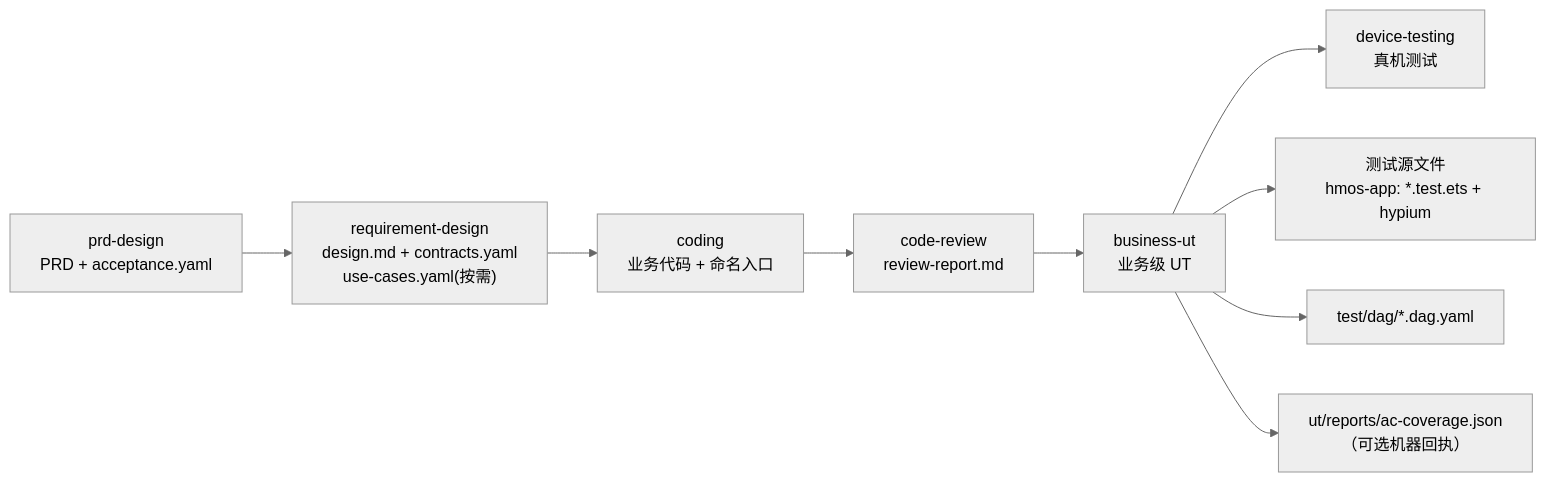
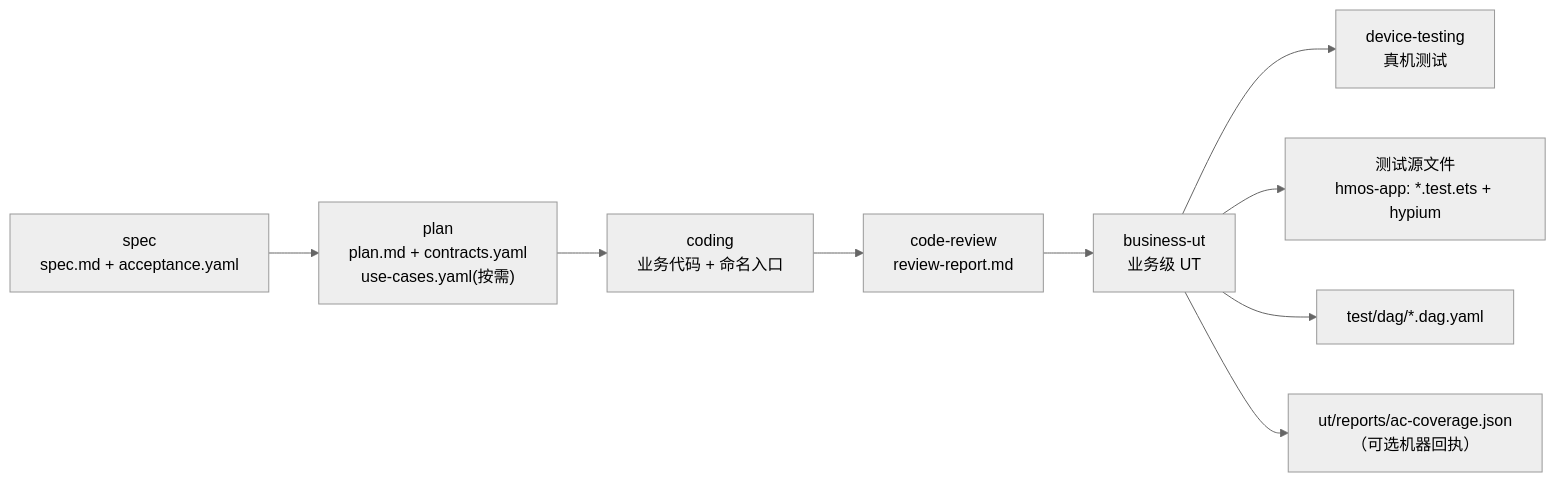
The first of 4 diagrams in docs/skills/business-ut.md (sqsqsq/agent-maison), drawn with Mermaid (neutral theme) before and after one commit. The commit also changed other lines of this file and 51 other files, not shown here.

First line of the commit message:
docs(framework): spec/plan terminology, MIGRATION, and rename plan

````diff
--- a/docs/skills/business-ut.md
+++ b/docs/skills/business-ut.md
@@ -116,15 +116,15 @@
 ```mermaid
 flowchart LR
-  S1["prd-design<br/>PRD + acceptance.yaml"]
-  S2["requirement-design<br/>design.md + contracts.yaml<br/>use-cases.yaml(按需)"]
+  S1["spec<br/>spec.md + acceptance.yaml"]
+  S2["plan<br/>plan.md + contracts.yaml<br/>use-cases.yaml(按需)"]
   S3["coding<br/>业务代码 + 命名入口"]
   S4["code-review<br/>review-report.md"]
   S5["business-ut<br/>业务级 UT"]
   S6["device-testing<br/>真机测试"]
 
   S1 --> S2 --> S3 --> S4 --> S5 --> S6
 
   S5 --> UT["测试源文件<br/>hmos-app: *.test.ets + hypium"]
   S5 --> DAG["test/dag/*.dag.yaml"]
   S5 --> COV["ut/reports/ac-coverage.json<br/>（可选机器回执）"]
 ```
````
